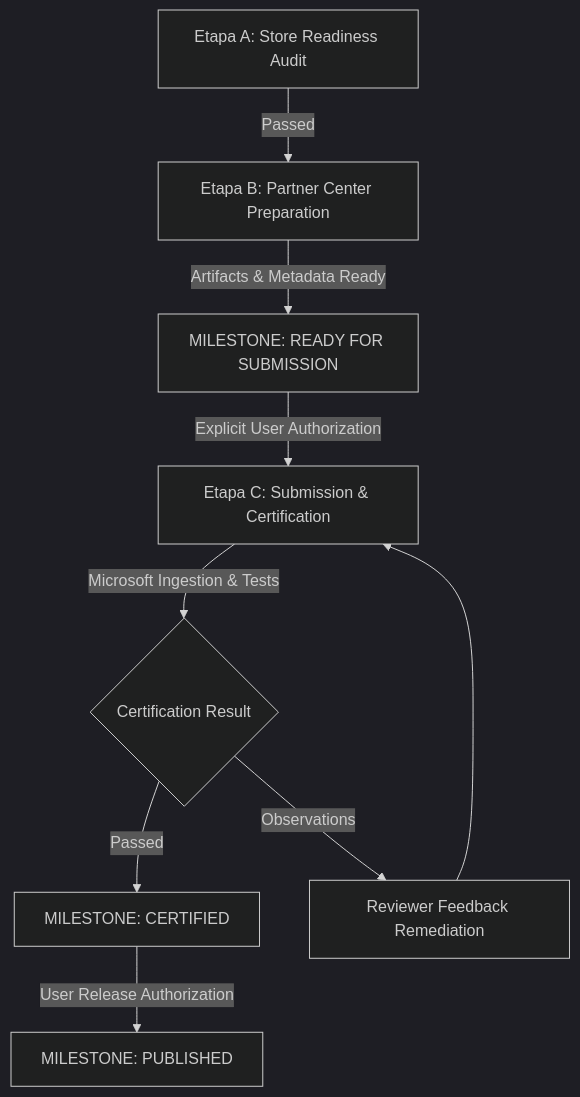
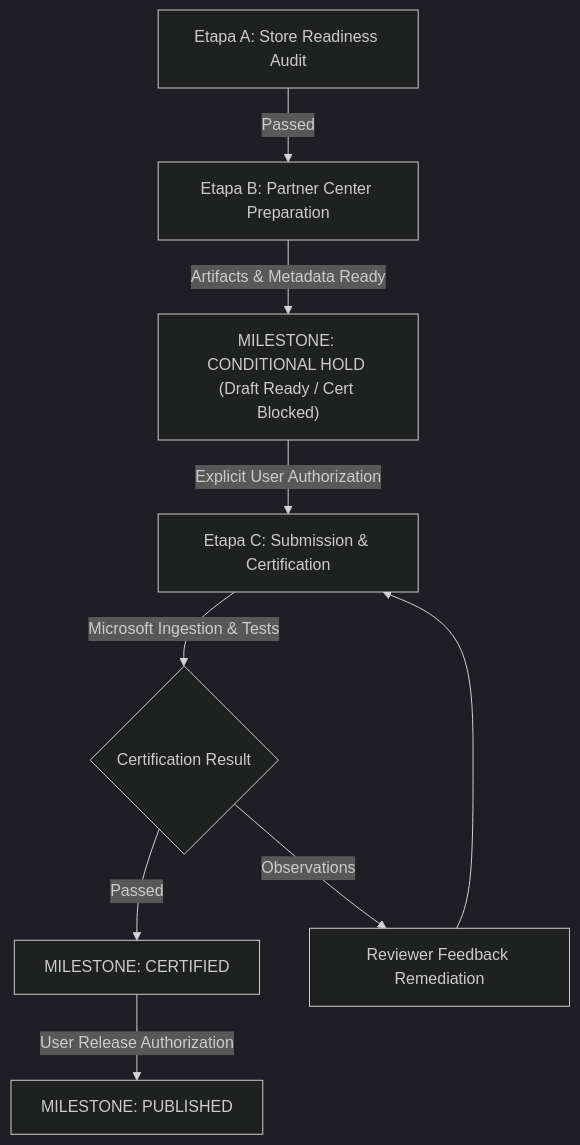
The diagram in docs/store/STORE-PUBLISHING-PLAN.md (cristianbarreiro/PrivGuard), drawn with Mermaid (dark theme) before and after one commit. The commit also changed other lines of this file and 2 other files, not shown here.

First line of the commit message:
docs(store): synchronize exact msix hash, byte size and conditional hold status

````diff
--- a/docs/store/STORE-PUBLISHING-PLAN.md
+++ b/docs/store/STORE-PUBLISHING-PLAN.md
@@ -23,11 +23,11 @@
 ```mermaid
 flowchart TD
     A["Etapa A: Store Readiness Audit"] -->|Passed| B["Etapa B: Partner Center Preparation"]
-    B -->|Artifacts & Metadata Ready| M["MILESTONE: READY FOR SUBMISSION"]
+    B -->|Artifacts & Metadata Ready| M["MILESTONE: CONDITIONAL HOLD (Draft Ready / Cert Blocked)"]
     M -->|Explicit User Authorization| C["Etapa C: Submission & Certification"]
     C -->|Microsoft Ingestion & Tests| D{"Certification Result"}
     D -->|Passed| E["MILESTONE: CERTIFIED"]
     D -->|Observations| F["Reviewer Feedback Remediation"]
     F --> C
     E -->|User Release Authorization| G["MILESTONE: PUBLISHED"]
 ```
````
